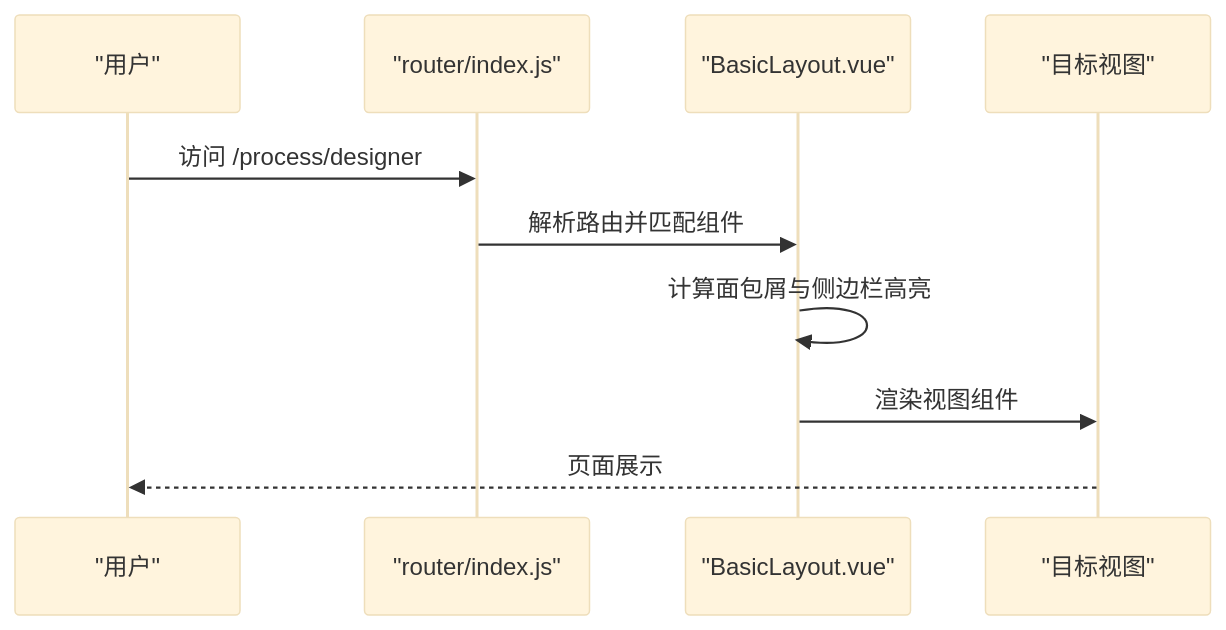
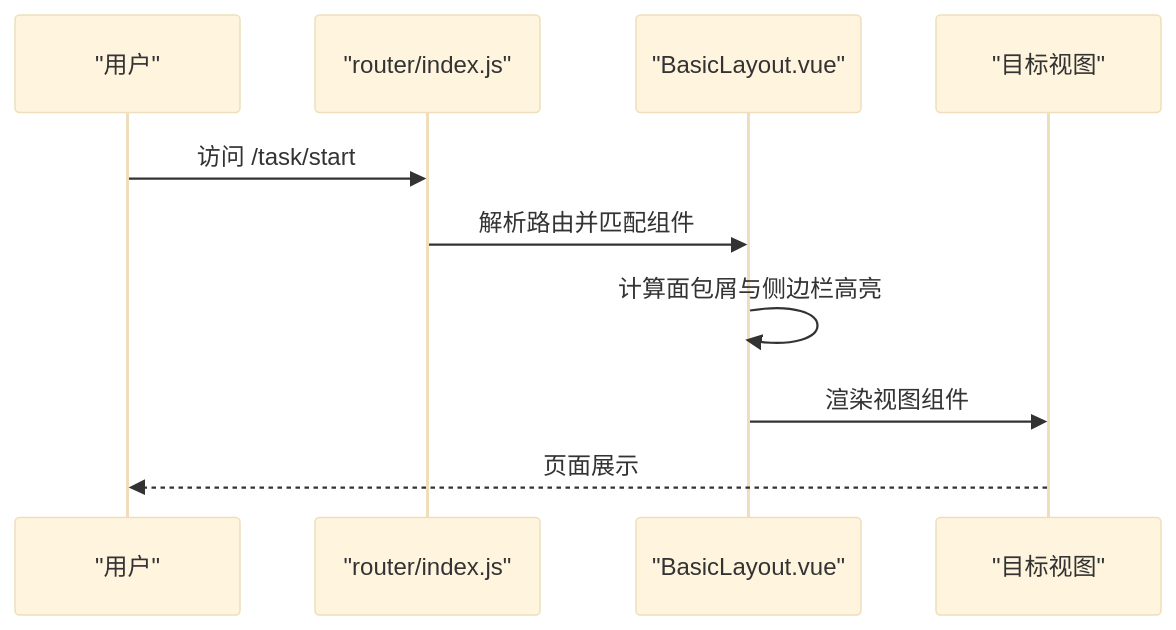
One commit to liming-lihaini/workflow changed the third of 11 diagrams in .qoder/repowiki/zh/content/用户界面设计/用户界面设计.md. Above: the diagram before and after it, drawn with Mermaid (base theme). The commit also changed other lines of this file and 57 other files, not shown here.

````diff
--- a/.qoder/repowiki/zh/content/用户界面设计/用户界面设计.md
+++ b/.qoder/repowiki/zh/content/用户界面设计/用户界面设计.md
@@ -217,12 +241,12 @@
 ```mermaid
 sequenceDiagram
 participant U as "用户"
 participant R as "router/index.js"
 participant L as "BasicLayout.vue"
 participant V as "目标视图"
-U->>R : 访问 /process/designer
+U->>R : 访问 /task/start
 R->>L : 解析路由并匹配组件
 L->>L : 计算面包屑与侧边栏高亮
 L->>V : 渲染视图组件
 V-->>U : 页面展示
 ```
````
